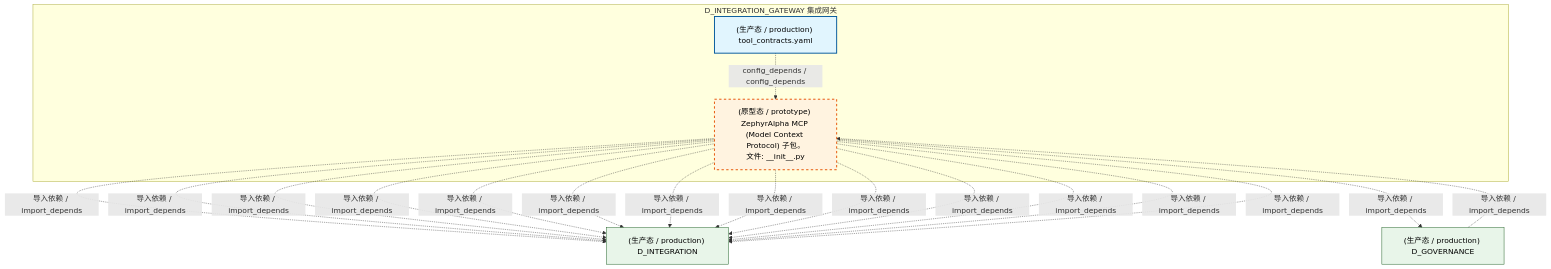
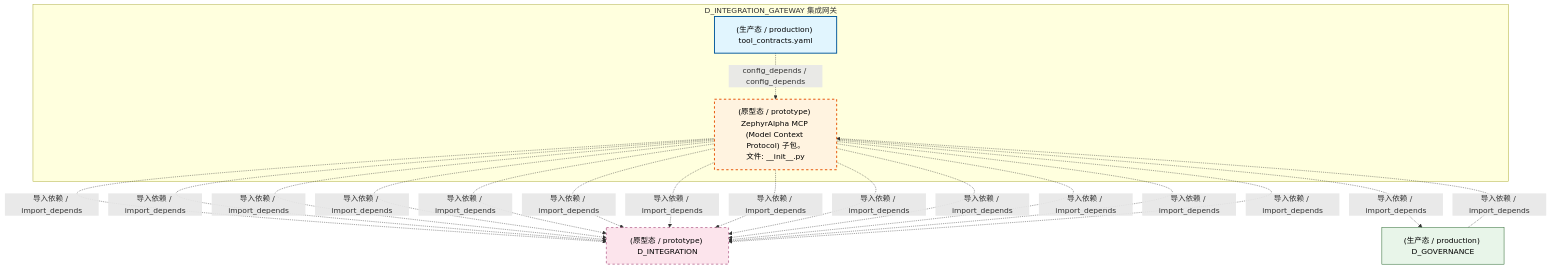
The first of 4 diagrams in docs/02_enterprise_architecture/02_domain_architecture_docs/19_d_integration_gateway.md (xuanFelixVan/ZephyrAlpha), drawn with Mermaid before and after one commit. The commit also changed other lines of this file and 126 other files, not shown here.

````diff
--- a/docs/02_enterprise_architecture/02_domain_architecture_docs/19_d_integration_gateway.md
+++ b/docs/02_enterprise_architecture/02_domain_architecture_docs/19_d_integration_gateway.md
@@ -65,32 +65,33 @@
 ```mermaid
 graph TD
     subgraph D_INTEGRATION_GATEWAY["D_INTEGRATION_GATEWAY 集成网关"]
         src_zephyr_integration_mcp_init_py["(原型态 / prototype) ZephyrAlpha MCP (Model Context Protocol) 子包。<br/>文件: __init__.py"]
         src_zephyr_integration_mcp_tool_contracts_yaml["(生产态 / production) tool_contracts.yaml"]
     end
     src_zephyr_integration_mcp_tool_contracts_yaml -.->|config_depends / config_depends| src_zephyr_integration_mcp_init_py
-    D_INTEGRATION["(生产态 / production) D_INTEGRATION"]
+    D_INTEGRATION["(原型态 / prototype) D_INTEGRATION"]
+    src_zephyr_integration_mcp_init_py -.->|导入依赖 / import_depends| D_INTEGRATION
+    src_zephyr_integration_mcp_init_py -.->|导入依赖 / import_depends| D_INTEGRATION
+    src_zephyr_integration_mcp_init_py -.->|导入依赖 / import_depends| D_INTEGRATION
+    src_zephyr_integration_mcp_init_py -.->|导入依赖 / import_depends| D_INTEGRATION
+    src_zephyr_integration_mcp_init_py -.->|导入依赖 / import_depends| D_INTEGRATION
+    src_zephyr_integration_mcp_init_py -.->|导入依赖 / import_depends| D_INTEGRATION
     src_zephyr_integration_mcp_init_py -.->|导入依赖 / import_depends| D_INTEGRATION
     src_zephyr_integration_mcp_init_py -.->|导入依赖 / import_depends| D_INTEGRATION
     src_zephyr_integration_mcp_init_py -.->|导入依赖 / import_depends| D_INTEGRATION
     src_zephyr_integration_mcp_init_py -.->|导入依赖 / import_depends| D_INTEGRATION
     D_GOVERNANCE["(生产态 / production) D_GOVERNANCE"]
     src_zephyr_integration_mcp_init_py -.->|导入依赖 / import_depends| D_GOVERNANCE
-    src_zephyr_integration_mcp_init_py -.->|导入依赖 / import_depends| D_INTEGRATION
-    src_zephyr_integration_mcp_init_py -.->|导入依赖 / import_depends| D_INTEGRATION
-    src_zephyr_integration_mcp_init_py -.->|导入依赖 / import_depends| D_INTEGRATION
-    src_zephyr_integration_mcp_init_py -.->|导入依赖 / import_depends| D_INTEGRATION
-    src_zephyr_integration_mcp_init_py -.->|导入依赖 / import_depends| D_INTEGRATION
-    src_zephyr_integration_mcp_init_py -.->|导入依赖 / import_depends| D_INTEGRATION
     src_zephyr_integration_mcp_init_py -.->|导入依赖 / import_depends| D_INTEGRATION
     src_zephyr_integration_mcp_init_py -.->|导入依赖 / import_depends| D_INTEGRATION
     src_zephyr_integration_mcp_init_py -.->|导入依赖 / import_depends| D_INTEGRATION
     D_GOVERNANCE -.->|导入依赖 / import_depends| src_zephyr_integration_mcp_init_py
     classDef production fill:#e1f5fe,stroke:#01579b,stroke-width:2px,color:#000
     classDef design fill:#fff3e0,stroke:#e65100,stroke-width:2px,color:#000,stroke-dasharray: 5 5
     classDef external_prod fill:#e8f5e9,stroke:#1b5e20,stroke-width:1px,color:#000
     classDef external_design fill:#fce4ec,stroke:#880e4f,stroke-width:1px,color:#000,stroke-dasharray: 5 5
     class src_zephyr_integration_mcp_tool_contracts_yaml production
     class src_zephyr_integration_mcp_init_py design
-    class D_INTEGRATION,D_GOVERNANCE external_prod
+    class D_GOVERNANCE external_prod
+    class D_INTEGRATION external_design
 ```
````
